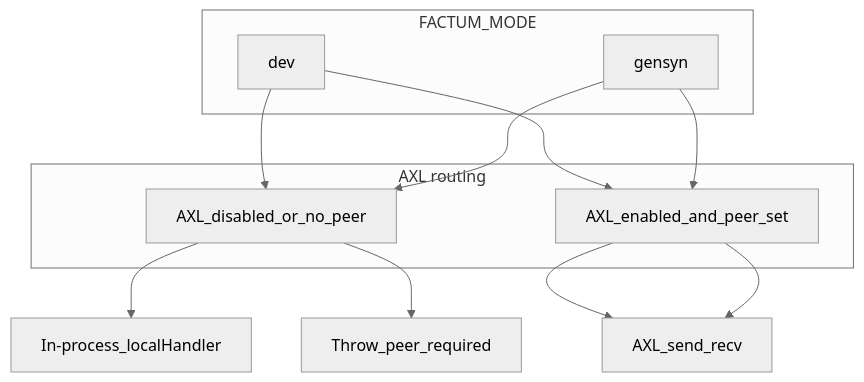
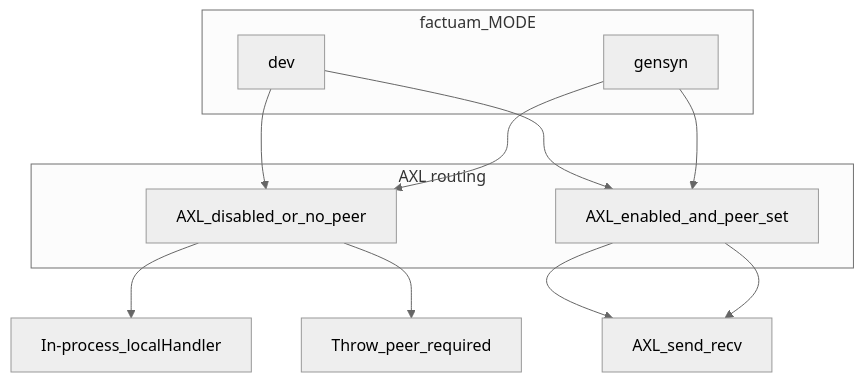
Before and after one commit to unabrijed/factuam-connector: the diagram in docs/nodes-runbook.md, drawn with Mermaid (neutral theme). The commit also changed other lines of this file and 141 other files, not shown here.

````diff
--- a/docs/nodes-runbook.md
+++ b/docs/nodes-runbook.md
@@ -123,19 +123,19 @@
 ```mermaid
 flowchart TD
-  subgraph modeGroup [FACTUM_MODE]
+  subgraph modeGroup [factuam_MODE]
     devNode[dev]
     gensynNode[gensyn]
   end
   subgraph axlGroup [AXL routing]
     axlOff[AXL_disabled_or_no_peer]
     axlOn[AXL_enabled_and_peer_set]
   end
   devNode --> axlOff
   axlOff --> localRun[In-process_localHandler]
   devNode --> axlOn
   axlOn --> axlTransport[AXL_send_recv]
   gensynNode --> axlOff
   axlOff --> throwPath[Throw_peer_required]
   gensynNode --> axlOn
   axlOn --> axlTransport
 ```
````
